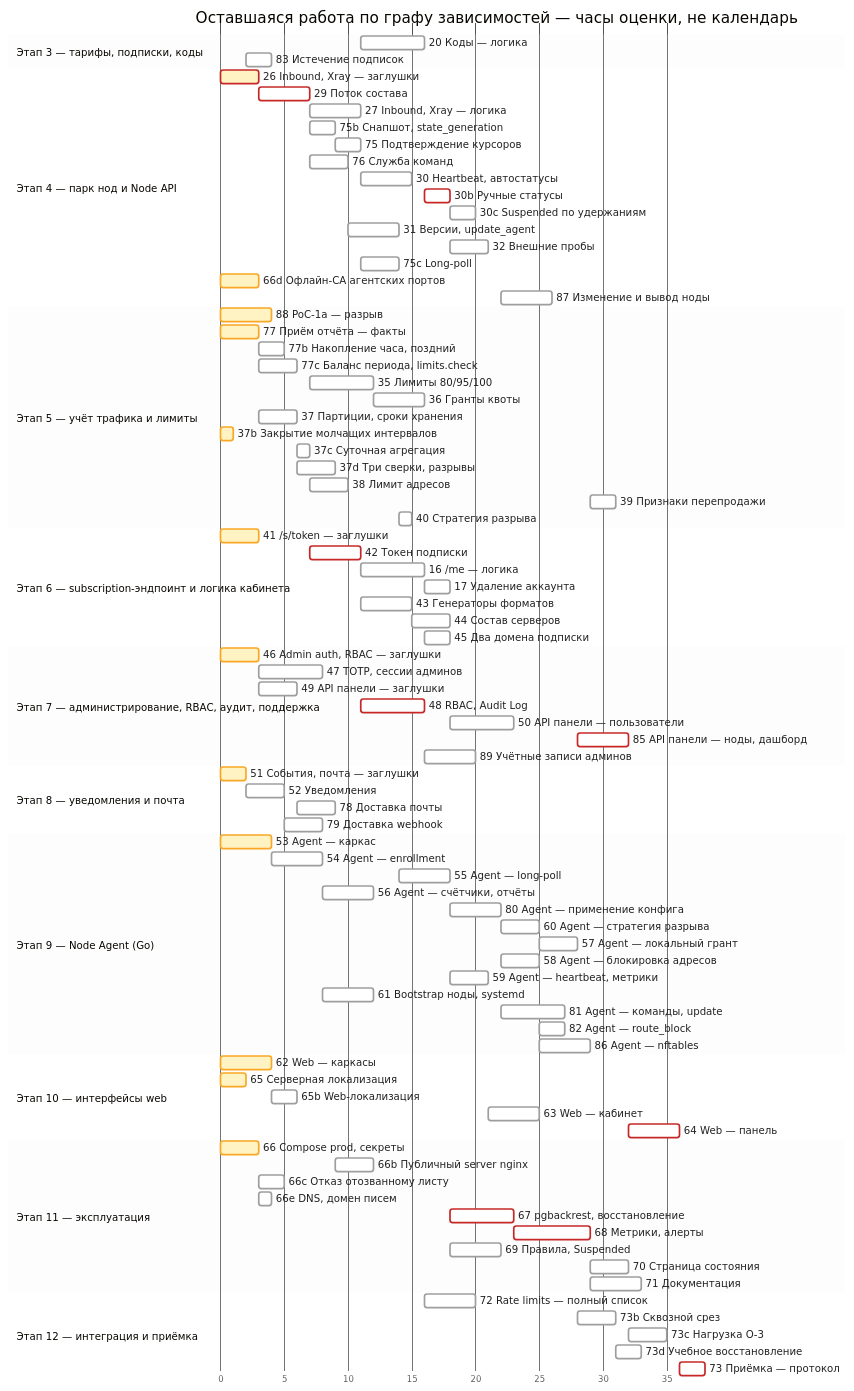
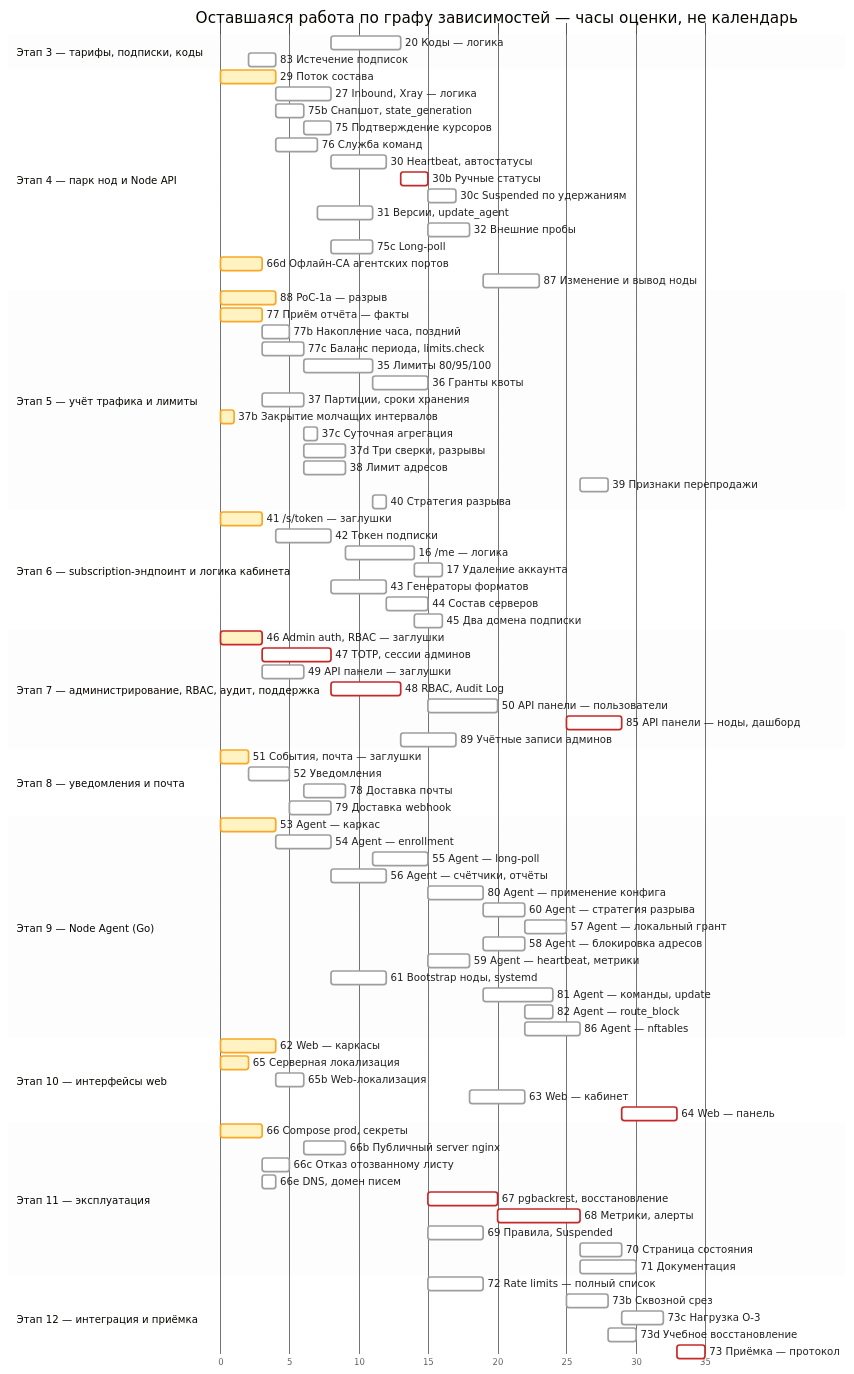
Before and after one commit to MatrixFounder/vpn-distribution-system: the diagram in docs/PLAN.md, drawn with Mermaid. The commit also changed other lines of this file, not shown here.

```diff
--- a/docs/PLAN.md
+++ b/docs/PLAN.md
@@ -132,9 +132,8 @@
     20 Коды — логика :t20, after t51 t46 t42 t29, 5ms
     83 Истечение подписок :t83, after t51, 2ms
   section Этап 4 — парк нод и Node API
-    26 Inbound, Xray — заглушки :active, crit, t26, 0, 3ms
-    29 Поток состава :crit, t29, after t26, 4ms
-    27 Inbound, Xray — логика :t27, after t26 t29 t51, 4ms
+    29 Поток состава :active, t29, 0, 4ms
+    27 Inbound, Xray — логика :t27, after t29 t51, 4ms
     75b Снапшот, state_generation :t75b, after t29, 2ms
     75 Подтверждение курсоров :t75, after t29 t75b, 2ms
     76 Служба команд :t76, after t29, 3ms
@@ -162,15 +161,15 @@
     40 Стратегия разрыва :t40, after t35 t31 t88, 1ms
   section Этап 6 — subscription-эндпоинт и логика кабинета
     41 /s/token — заглушки :active, t41, 0, 3ms
-    42 Токен подписки :crit, t42, after t41 t29 t46, 4ms
+    42 Токен подписки :t42, after t41 t29 t46, 4ms
     16 /me — логика :t16, after t42 t38 t46 t65 t77b t77c t51, 5ms
     17 Удаление аккаунта :t17, after t16 t29 t78 t46, 2ms
     43 Генераторы форматов :t43, after t41 t27, 4ms
     44 Состав серверов :t44, after t43 t30, 3ms
     45 Два домена подписки :t45, after t42 t16 t65 t66, 2ms
   section Этап 7 — администрирование, RBAC, аудит, поддержка
-    46 Admin auth, RBAC — заглушки :active, t46, 0, 3ms
-    47 TOTP, сессии админов :t47, after t46 t51, 5ms
+    46 Admin auth, RBAC — заглушки :active, crit, t46, 0, 3ms
+    47 TOTP, сессии админов :crit, t47, after t46 t51, 5ms
     49 API панели — заглушки :t49, after t46, 3ms
     48 RBAC, Audit Log :crit, t48, after t46 t47 t42 t49, 5ms
     50 API панели — пользователи :t50, after t48 t49 t51 t30b t77b t20 t16, 5ms
```
